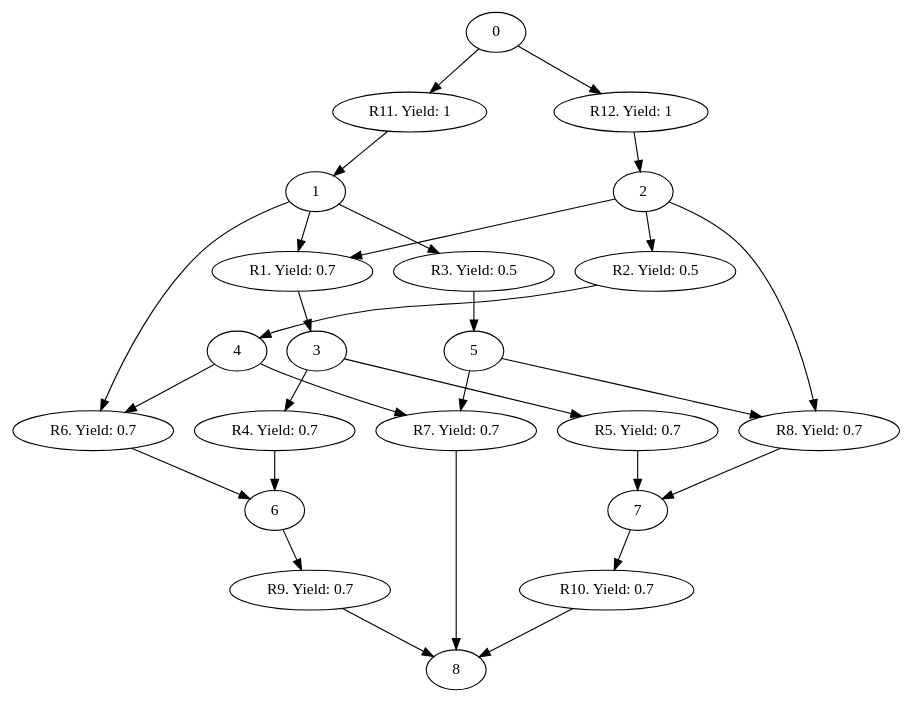
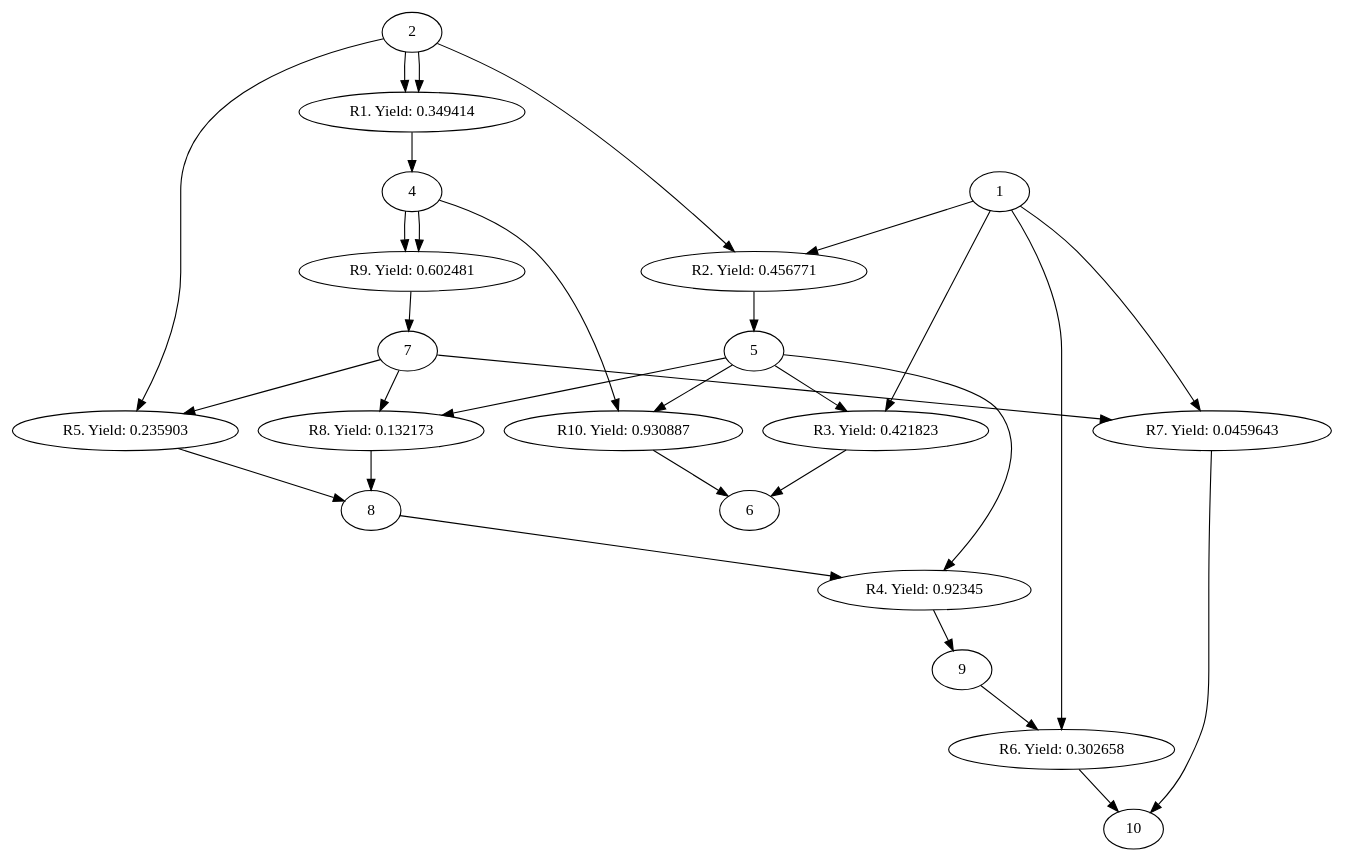
One commit to hschu12/Speciale changed the diagram in src/Graph.gv. Above: the diagram before and after it, drawn with Graphviz. The commit also changed 7 other files, not shown here.

```diff
--- a/src/Graph.gv
+++ b/src/Graph.gv
@@ -1,44 +1,44 @@
 digraph G { 
 {
-	R1 [label = "R1. Yield: 0.7"]
-	R2 [label = "R2. Yield: 0.5"]
-	R3 [label = "R3. Yield: 0.5"]
-	R4 [label = "R4. Yield: 0.7"]
-	R5 [label = "R5. Yield: 0.7"]
-	R6 [label = "R6. Yield: 0.7"]
-	R7 [label = "R7. Yield: 0.7"]
-	R8 [label = "R8. Yield: 0.7"]
-	R9 [label = "R9. Yield: 0.7"]
-	R10 [label = "R10. Yield: 0.7"]
-	R11 [label = "R11. Yield: 1"]
-	R12 [label = "R12. Yield: 1"]
+	R1 [label = "R1. Yield: 0.349414"]
+	R2 [label = "R2. Yield: 0.456771"]
+	R3 [label = "R3. Yield: 0.421823"]
+	R4 [label = "R4. Yield: 0.92345"]
+	R5 [label = "R5. Yield: 0.235903"]
+	R6 [label = "R6. Yield: 0.302658"]
+	R7 [label = "R7. Yield: 0.0459643"]
+	R8 [label = "R8. Yield: 0.132173"]
+	R9 [label = "R9. Yield: 0.602481"]
+	R10 [label = "R10. Yield: 0.930887"]
 }
-	R1 -> 3;
-	1 -> R1;
+	R1 -> 4;
 	2 -> R1;
-	R2 -> 4;
+	2 -> R1;
+	R2 -> 5;
 	2 -> R2;
-	R3 -> 5;
+	1 -> R2;
+	R3 -> 6;
+	5 -> R3;
 	1 -> R3;
-	R4 -> 6;
-	3 -> R4;
-	R5 -> 7;
-	3 -> R5;
-	R6 -> 6;
+	R4 -> 9;
+	5 -> R4;
+	8 -> R4;
+	R5 -> 8;
+	2 -> R5;
+	7 -> R5;
+	R6 -> 10;
+	9 -> R6;
 	1 -> R6;
-	4 -> R6;
-	R7 -> 8;
-	4 -> R7;
-	5 -> R7;
-	R8 -> 7;
-	2 -> R8;
+	R7 -> 10;
+	1 -> R7;
+	7 -> R7;
+	R8 -> 8;
+	7 -> R8;
 	5 -> R8;
-	R9 -> 8;
-	6 -> R9;
-	R10 -> 8;
-	7 -> R10;
-	R11 -> 1;
-	0 -> R11;
-	R12 -> 2;
-	0 -> R12;
+	R9 -> 7;
+	4 -> R9;
+	4 -> R9;
+	R10 -> 6;
+	4 -> R10;
+	5 -> R10;
 }
```
